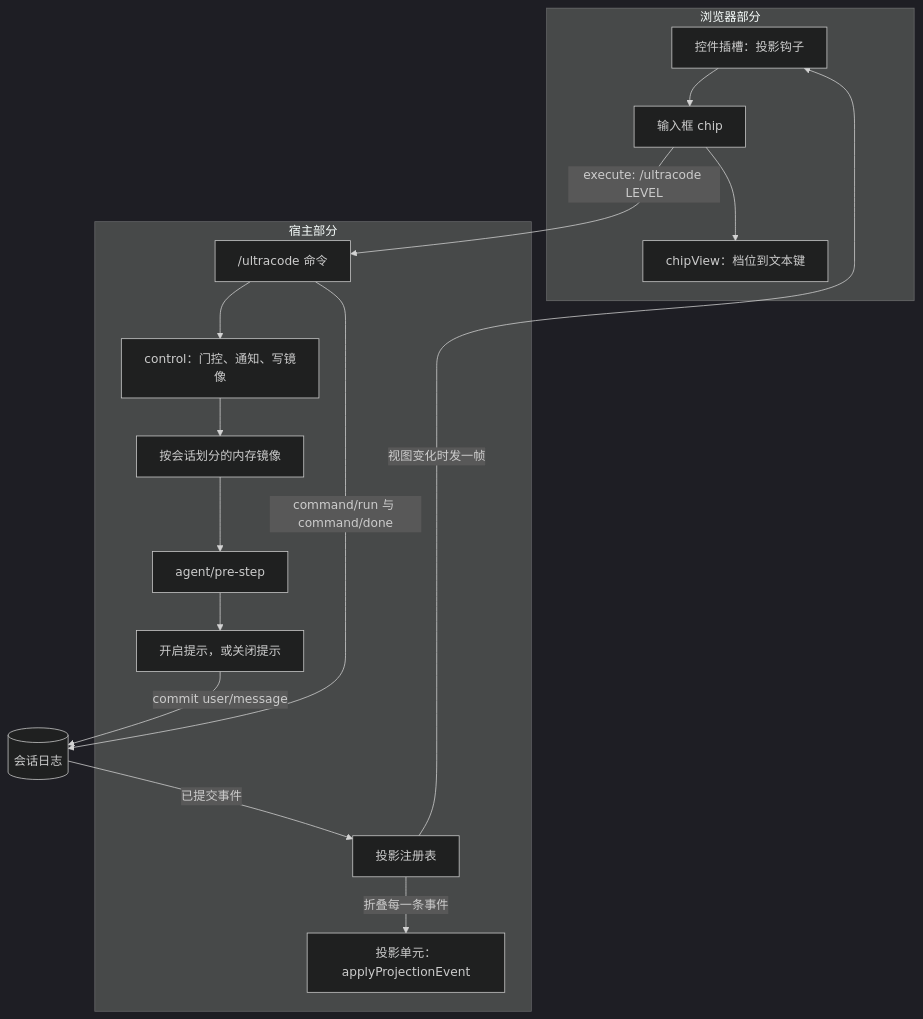
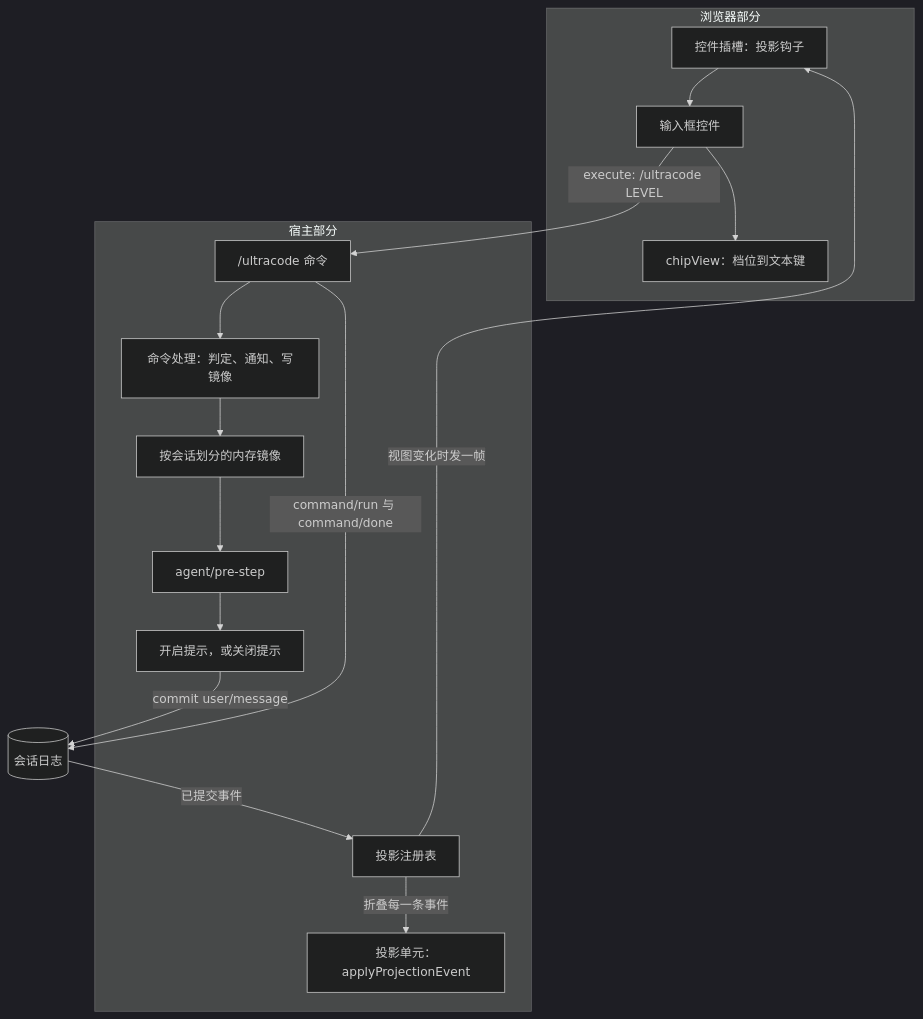
The diagram in docs/architecture.zh.md (Dessera/dsh-ultracode), drawn with Mermaid (dark theme) before and after one commit. The commit also changed other lines of this file and 1 other file, not shown here.

First line of the commit message:
docs(architecture): rewrite the architecture guide

````diff
--- a/docs/architecture.zh.md
+++ b/docs/architecture.zh.md
@@ -166,33 +166,33 @@
 ```mermaid
 flowchart TB
     subgraph browser[浏览器部分]
         seat["控件插槽：投影钩子"]
-        chip[输入框 chip]
+        chip[输入框控件]
         view["chipView：档位到文本键"]
         seat --> chip
         chip --> view
     end
 
     subgraph host[宿主部分]
         command["/ultracode 命令"]
-        control["control：门控、通知、写镜像"]
+        control["命令处理：判定、通知、写镜像"]
         mirror["按会话划分的内存镜像"]
         prestep["agent/pre-step"]
         banner["开启提示，或关闭提示"]
         registry["投影注册表"]
         unit["投影单元：applyProjectionEvent"]
     end
 
     log[(会话日志)]
 
     chip -- "execute: /ultracode LEVEL" --> command
     command --> control
     control --> mirror
     mirror --> prestep
     prestep --> banner
     banner -- "commit user/message" --> log
     command -- "command/run 与 command/done" --> log
     log -- "已提交事件" --> registry
     registry -- "折叠每一条事件" --> unit
     registry -- "视图变化时发一帧" --> seat
 ```
````
